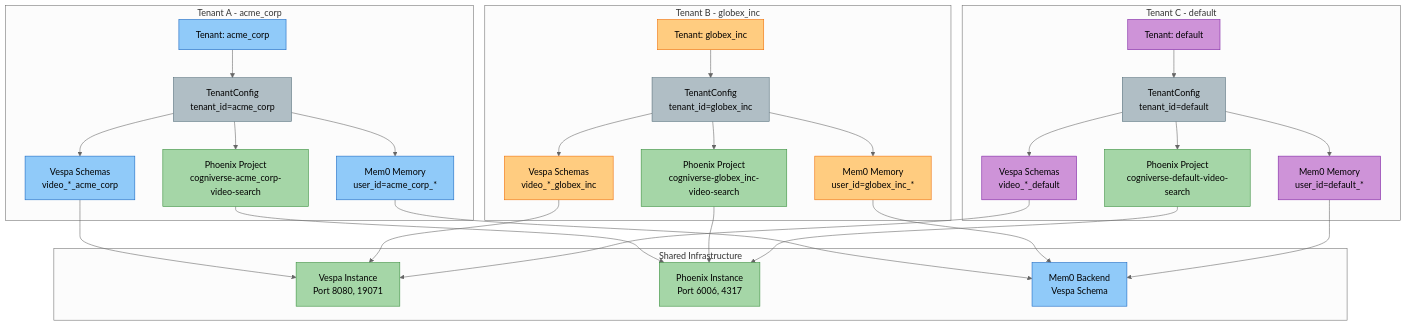
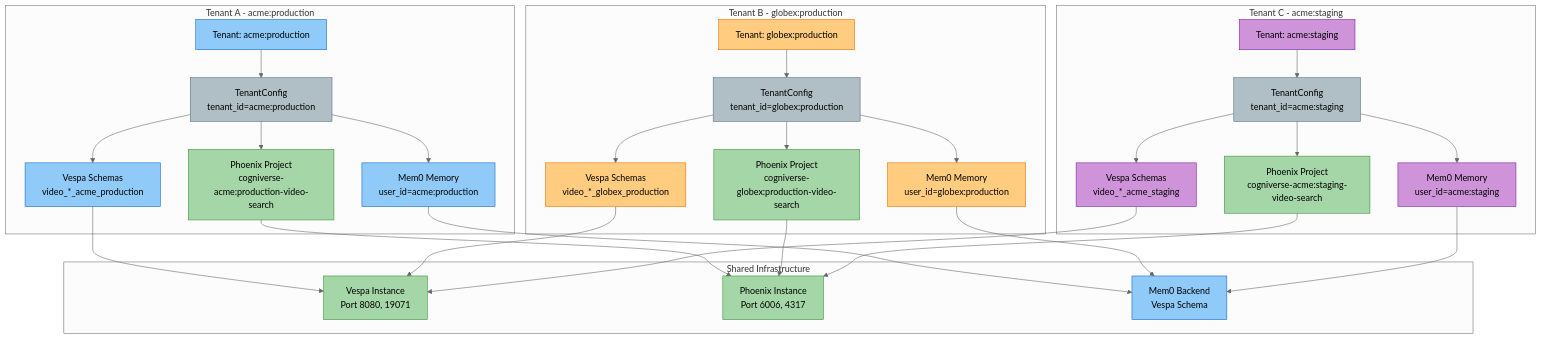
One commit to amit-jain/cogniverse changed the first of 21 diagrams in docs/diagrams/multi-tenant-diagrams.md. Above: the diagram before and after it, drawn with Mermaid (neutral theme). The commit also changed other lines of this file and 50 other files, not shown here.

First line of the commit message:
Complete and verify docs against code with mermaid palette

````diff
--- a/docs/diagrams/multi-tenant-diagrams.md
+++ b/docs/diagrams/multi-tenant-diagrams.md
@@ -20,78 +20,78 @@
 ```mermaid
 flowchart TB
-    subgraph "Tenant A - acme_corp"
-        TenantA["<span style='color:#000'>Tenant: acme_corp</span>"]
-        ConfigA["<span style='color:#000'>TenantConfig<br/>tenant_id=acme_corp</span>"]
-        SchemaA["<span style='color:#000'>Vespa Schemas<br/>video_*_acme_corp</span>"]
-        PhoenixA["<span style='color:#000'>Phoenix Project<br/>cogniverse-acme_corp-video-search</span>"]
-        MemoryA["<span style='color:#000'>Mem0 Memory<br/>user_id=acme_corp_*</span>"]
+    subgraph "Tenant A - acme:production"
+        TenantA["<span style='color:#000'>Tenant: acme:production</span>"]
+        ConfigA["<span style='color:#000'>TenantConfig<br/>tenant_id=acme:production</span>"]
+        SchemaA["<span style='color:#000'>Vespa Schemas<br/>video_*_acme_production</span>"]
+        PhoenixA["<span style='color:#000'>Phoenix Project<br/>cogniverse-acme:production-video-search</span>"]
+        MemoryA["<span style='color:#000'>Mem0 Memory<br/>user_id=acme:production</span>"]
     end
 
-    subgraph "Tenant B - globex_inc"
-        TenantB["<span style='color:#000'>Tenant: globex_inc</span>"]
-        ConfigB["<span style='color:#000'>TenantConfig<br/>tenant_id=globex_inc</span>"]
-        SchemaB["<span style='color:#000'>Vespa Schemas<br/>video_*_globex_inc</span>"]
-        PhoenixB["<span style='color:#000'>Phoenix Project<br/>cogniverse-globex_inc-video-search</span>"]
-        MemoryB["<span style='color:#000'>Mem0 Memory<br/>user_id=globex_inc_*</span>"]
+    subgraph "Tenant B - globex:production"
+        TenantB["<span style='color:#000'>Tenant: globex:production</span>"]
+        ConfigB["<span style='color:#000'>TenantConfig<br/>tenant_id=globex:production</span>"]
+        SchemaB["<span style='color:#000'>Vespa Schemas<br/>video_*_globex_production</span>"]
+        PhoenixB["<span style='color:#000'>Phoenix Project<br/>cogniverse-globex:production-video-search</span>"]
+        MemoryB["<span style='color:#000'>Mem0 Memory<br/>user_id=globex:production</span>"]
     end
 
-    subgraph "Tenant C - default"
-        TenantC["<span style='color:#000'>Tenant: default</span>"]
-        ConfigC["<span style='color:#000'>TenantConfig<br/>tenant_id=default</span>"]
-        SchemaC["<span style='color:#000'>Vespa Schemas<br/>video_*_default</span>"]
-        PhoenixC["<span style='color:#000'>Phoenix Project<br/>cogniverse-default-video-search</span>"]
-        MemoryC["<span style='color:#000'>Mem0 Memory<br/>user_id=default_*</span>"]
+    subgraph "Tenant C - acme:staging"
+        TenantC["<span style='color:#000'>Tenant: acme:staging</span>"]
+        ConfigC["<span style='color:#000'>TenantConfig<br/>tenant_id=acme:staging</span>"]
+        SchemaC["<span style='color:#000'>Vespa Schemas<br/>video_*_acme_staging</span>"]
+        PhoenixC["<span style='color:#000'>Phoenix Project<br/>cogniverse-acme:staging-video-search</span>"]
+        MemoryC["<span style='color:#000'>Mem0 Memory<br/>user_id=acme:staging</span>"]
     end
 
     subgraph "Shared Infrastructure"
         Vespa["<span style='color:#000'>Vespa Instance<br/>Port 8080, 19071</span>"]
         Phoenix["<span style='color:#000'>Phoenix Instance<br/>Port 6006, 4317</span>"]
         Mem0["<span style='color:#000'>Mem0 Backend<br/>Vespa Schema</span>"]
     end
 
     TenantA --> ConfigA
     ConfigA --> SchemaA
     ConfigA --> PhoenixA
     ConfigA --> MemoryA
 
     TenantB --> ConfigB
     ConfigB --> SchemaB
     ConfigB --> PhoenixB
     ConfigB --> MemoryB
 
     TenantC --> ConfigC
     ConfigC --> SchemaC
     ConfigC --> PhoenixC
     ConfigC --> MemoryC
 
     SchemaA --> Vespa
     SchemaB --> Vespa
     SchemaC --> Vespa
 
     PhoenixA --> Phoenix
     PhoenixB --> Phoenix
     PhoenixC --> Phoenix
 
     MemoryA --> Mem0
     MemoryB --> Mem0
     MemoryC --> Mem0
 
     style TenantA fill:#90caf9,stroke:#1565c0,color:#000
     style ConfigA fill:#b0bec5,stroke:#546e7a,color:#000
     style SchemaA fill:#90caf9,stroke:#1565c0,color:#000
     style PhoenixA fill:#a5d6a7,stroke:#388e3c,color:#000
     style MemoryA fill:#90caf9,stroke:#1565c0,color:#000
     style TenantB fill:#ffcc80,stroke:#ef6c00,color:#000
     style ConfigB fill:#b0bec5,stroke:#546e7a,color:#000
     style SchemaB fill:#ffcc80,stroke:#ef6c00,color:#000
     style PhoenixB fill:#a5d6a7,stroke:#388e3c,color:#000
     style MemoryB fill:#ffcc80,stroke:#ef6c00,color:#000
     style TenantC fill:#ce93d8,stroke:#7b1fa2,color:#000
     style ConfigC fill:#b0bec5,stroke:#546e7a,color:#000
     style SchemaC fill:#ce93d8,stroke:#7b1fa2,color:#000
     style PhoenixC fill:#a5d6a7,stroke:#388e3c,color:#000
     style MemoryC fill:#ce93d8,stroke:#7b1fa2,color:#000
     style Vespa fill:#a5d6a7,stroke:#388e3c,color:#000
     style Phoenix fill:#a5d6a7,stroke:#388e3c,color:#000
     style Mem0 fill:#90caf9,stroke:#1565c0,color:#000
 ```
````
